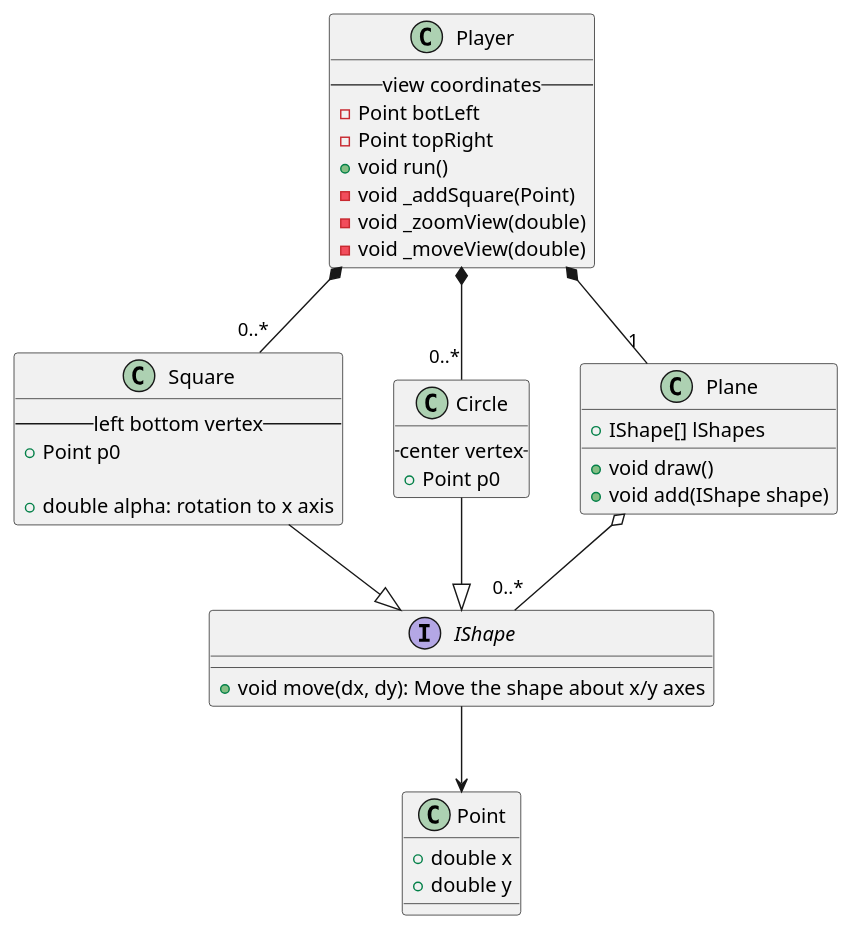
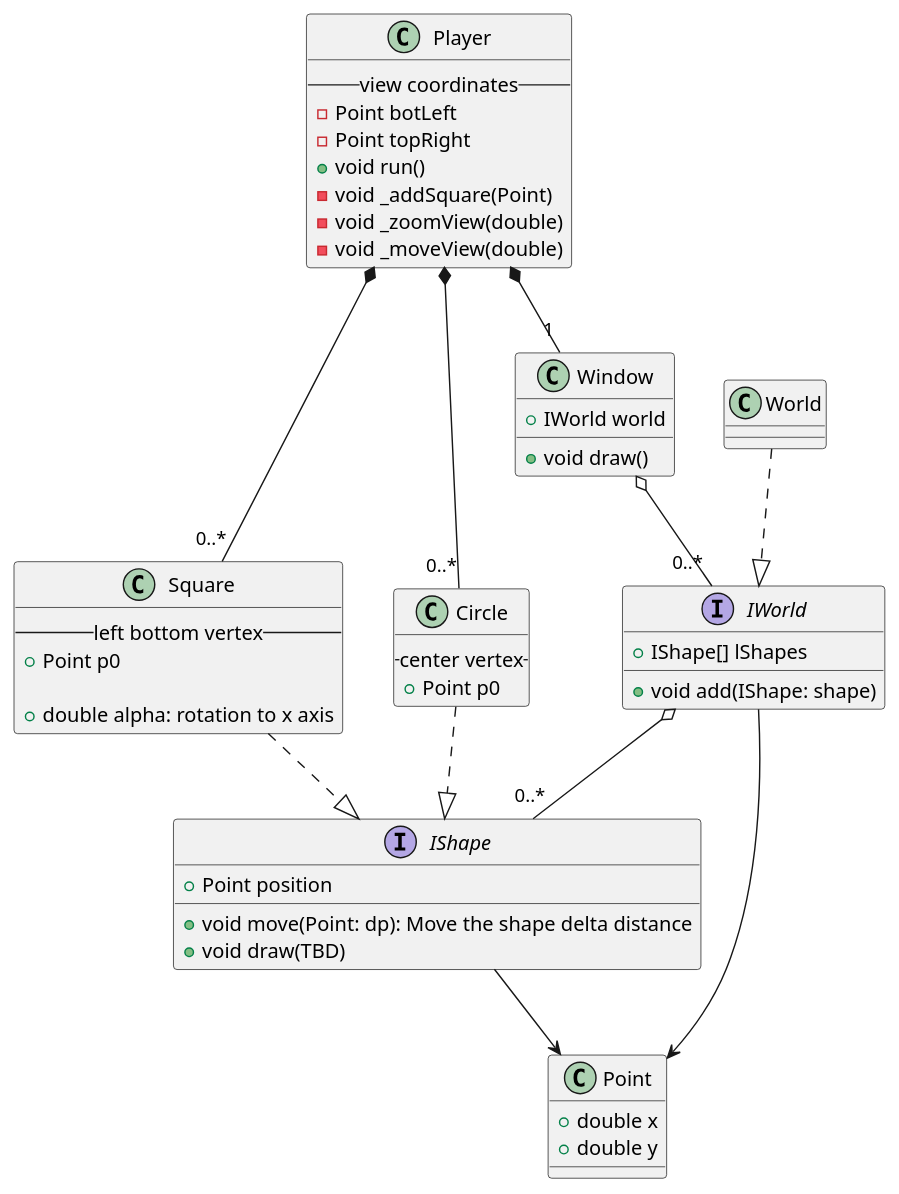
Before and after one commit to ioorik/engine-3d: the diagram in docs/uml/world_2d_squares.puml, drawn with PlantUML. The commit also changed 31 other files, not shown here.

Commit message:
Add initial world-2d uml and implementation sketch

```diff
--- a/docs/uml/world_2d_squares.puml
+++ b/docs/uml/world_2d_squares.puml
@@ -1,56 +1,63 @@
 @startuml
 'https://plantuml.com/class-diagram
 
 interface IShape {
-    +void move(dx, dy): Move the shape about x/y axes
+    +Point position
+    +void move(Point: dp): Move the shape delta distance
+    +void draw(TBD)
 }
 
+interface IWorld {
+    +IShape[] lShapes
+    +void add(IShape: shape)
+}
 class Square {
     -- left bottom vertex --
     +Point p0
 
     +double alpha: rotation to x axis
 }
 
 class Circle {
     -- center vertex --
     +Point p0
 }
-class Plane {
-    +IShape[] lShapes
+class Window {
+    +IWorld world
     +void draw()
-    +void add(IShape shape)
 }
 
 class Player {
     -- view coordinates --
     -Point botLeft
     -Point topRight
     +void run()
     -void _addSquare(Point)
     -void _zoomView(double)
     -void _moveView(double)
 }
 
 class Point {
     +double x
     +double y
 }
 
-
-Player *-- "1" Plane
+Player *-- "1" Window
 Player *-- "0..*" Square
 Player *-- "0..*" Circle
-Plane o-- "0..*" IShape
-Square --|> IShape
-Circle --|> IShape
+Window o-- "0..*" IWorld
+IWorld o-- "0..*" IShape
+World ..|> IWorld
+Square ..|> IShape
+Circle ..|> IShape
 IShape --> Point
+IWorld --> Point
 
 '
 'enum TimeUnit {
 'DAYS
 'HOURS
 'MINUTES
 '}
 
 @enduml
```
